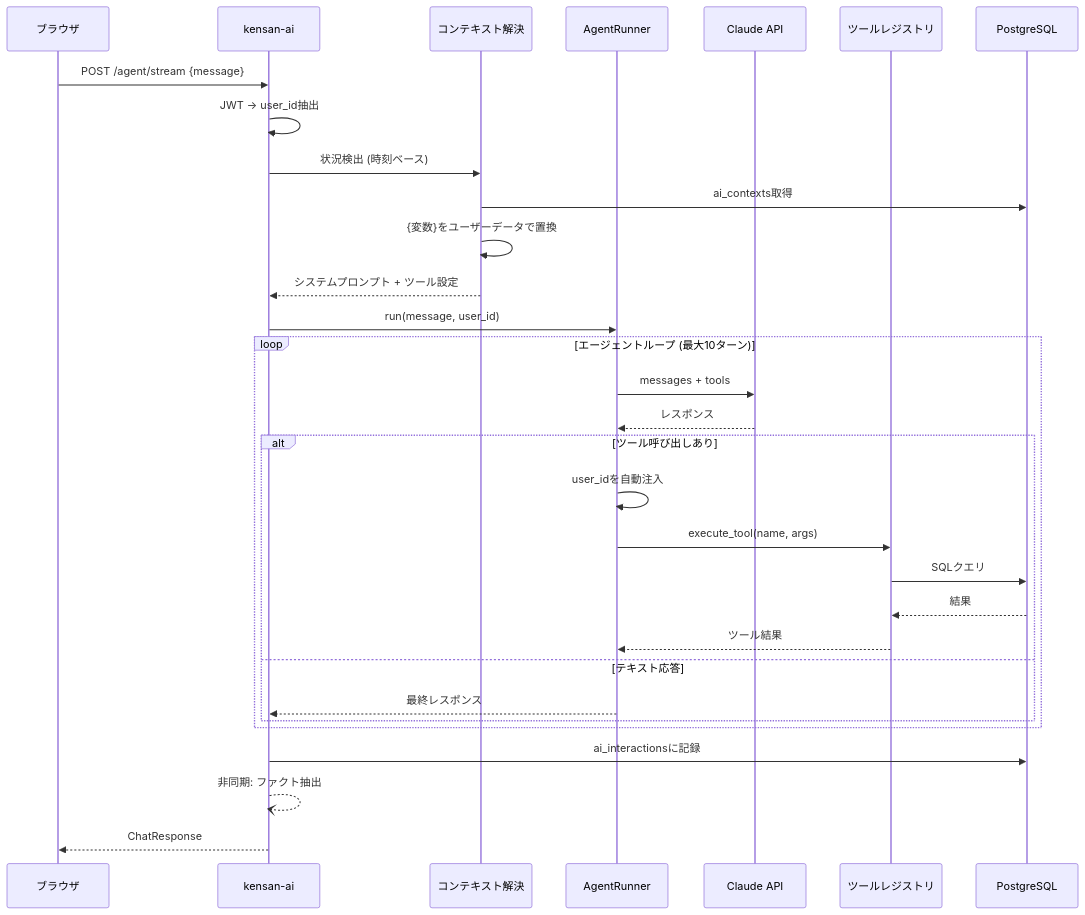
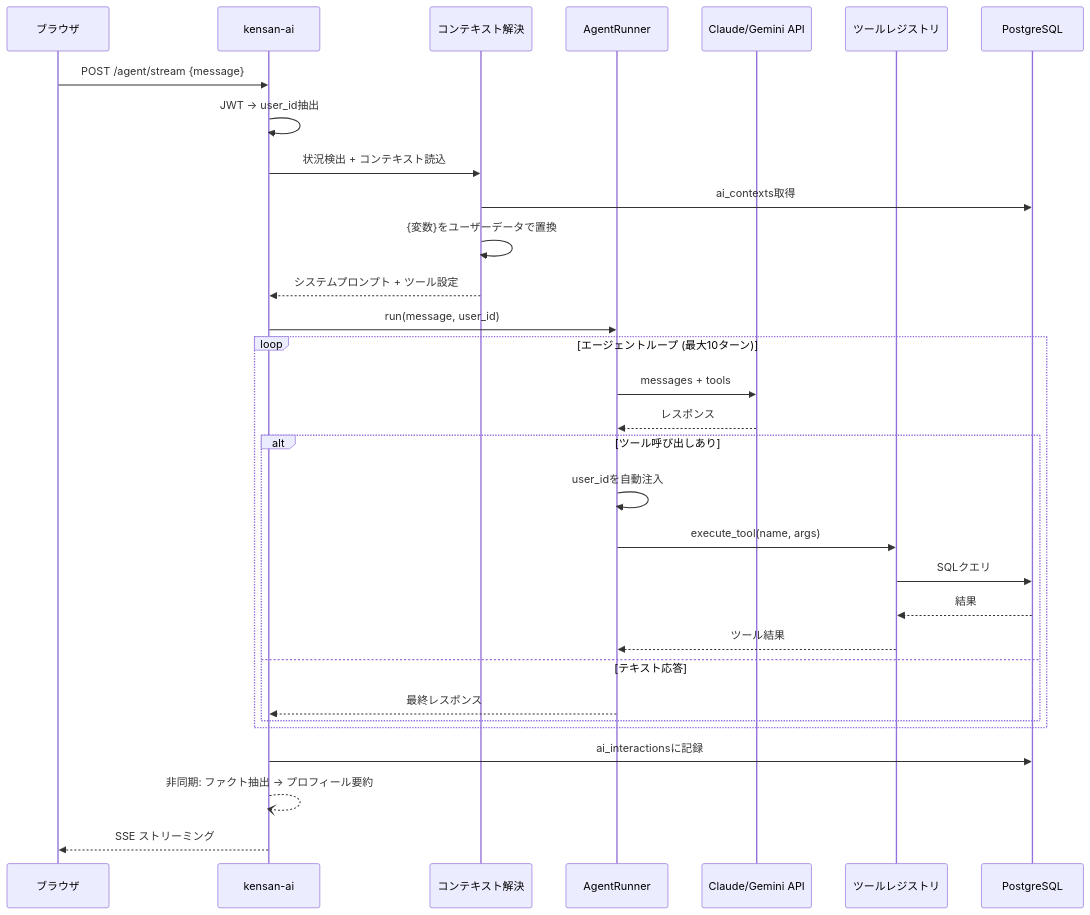
The seventh of 16 diagrams in ARCHITECTURE.md (yu-min3/kensan), drawn with Mermaid before and after one commit. The commit also changed other lines of this file and 117 other files, not shown here.

````diff
--- a/ARCHITECTURE.md
+++ b/ARCHITECTURE.md
@@ -224,38 +293,38 @@
 ```mermaid
 sequenceDiagram
     participant U as ブラウザ
     participant AI as kensan-ai
     participant Ctx as コンテキスト解決
     participant Agent as AgentRunner
-    participant Claude as Claude API
+    participant LLM as Claude/Gemini API
     participant Tools as ツールレジストリ
     participant DB as PostgreSQL
 
     U->>AI: POST /agent/stream {message}
     AI->>AI: JWT → user_id抽出
-    AI->>Ctx: 状況検出 (時刻ベース)
+    AI->>Ctx: 状況検出 + コンテキスト読込
     Ctx->>DB: ai_contexts取得
     Ctx->>Ctx: {変数}をユーザーデータで置換
     Ctx-->>AI: システムプロンプト + ツール設定
 
     AI->>Agent: run(message, user_id)
 
     loop エージェントループ (最大10ターン)
-        Agent->>Claude: messages + tools
-        Claude-->>Agent: レスポンス
+        Agent->>LLM: messages + tools
+        LLM-->>Agent: レスポンス
 
         alt ツール呼び出しあり
             Agent->>Agent: user_idを自動注入
             Agent->>Tools: execute_tool(name, args)
             Tools->>DB: SQLクエリ
             DB-->>Tools: 結果
             Tools-->>Agent: ツール結果
         else テキスト応答
             Agent-->>AI: 最終レスポンス
         end
     end
 
     AI->>DB: ai_interactionsに記録
-    AI--)AI: 非同期: ファクト抽出
-    AI-->>U: ChatResponse
+    AI--)AI: 非同期: ファクト抽出 → プロフィール要約
+    AI-->>U: SSE ストリーミング
 ```
````
